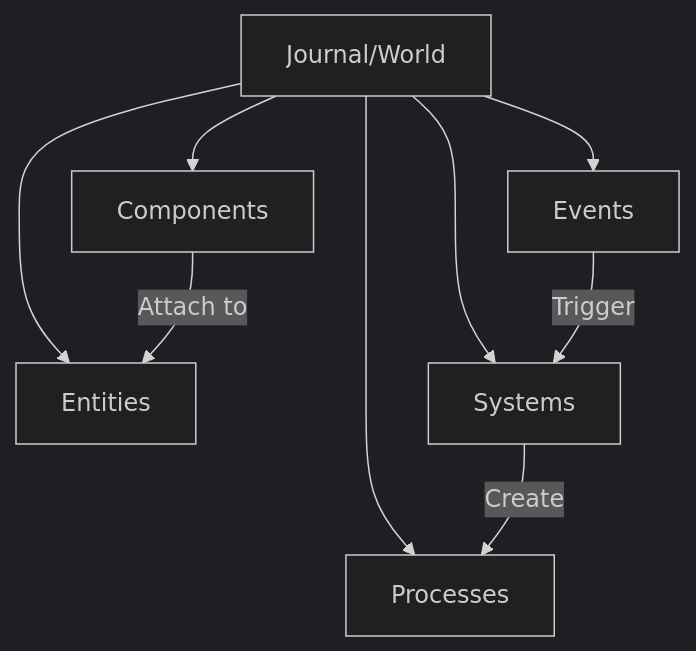
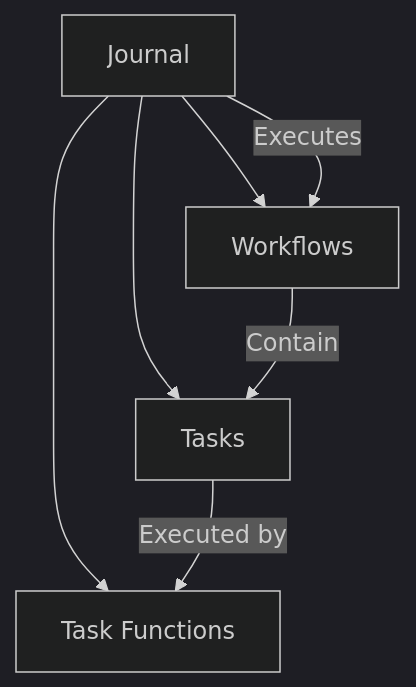
Before and after one commit to liamzdenek/ferment-ai: the second of 3 diagrams in memory-bank/systemPatterns.md, drawn with Mermaid (dark theme). The commit also changed other lines of this file and 34 other files, not shown here.

````diff
--- a/memory-bank/systemPatterns.md
+++ b/memory-bank/systemPatterns.md
@@ -38,12 +38,10 @@
 ```mermaid
 graph TD
-    Journal[Journal/World] --> Entities[Entities]
-    Journal --> Components[Components]
-    Journal --> Systems[Systems]
-    Journal --> Processes[Processes]
-    Journal --> Events[Events]
+    Journal[Journal] --> Workflows[Workflows]
+    Journal --> Tasks[Tasks]
+    Journal --> TaskFunctions[Task Functions]
     
-    Systems -->|Create| Processes
-    Events -->|Trigger| Systems
-    Components -->|Attach to| Entities
+    Workflows -->|Contain| Tasks
+    Tasks -->|Executed by| TaskFunctions
+    Journal -->|Executes| Workflows
 ```
````
